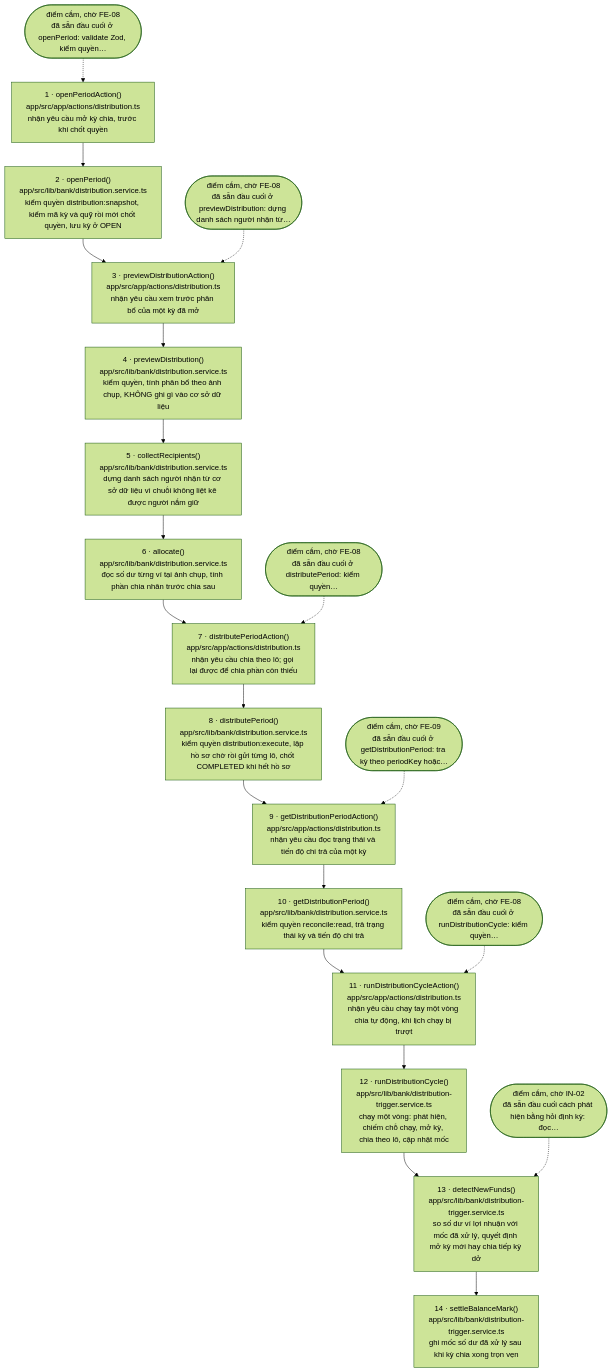
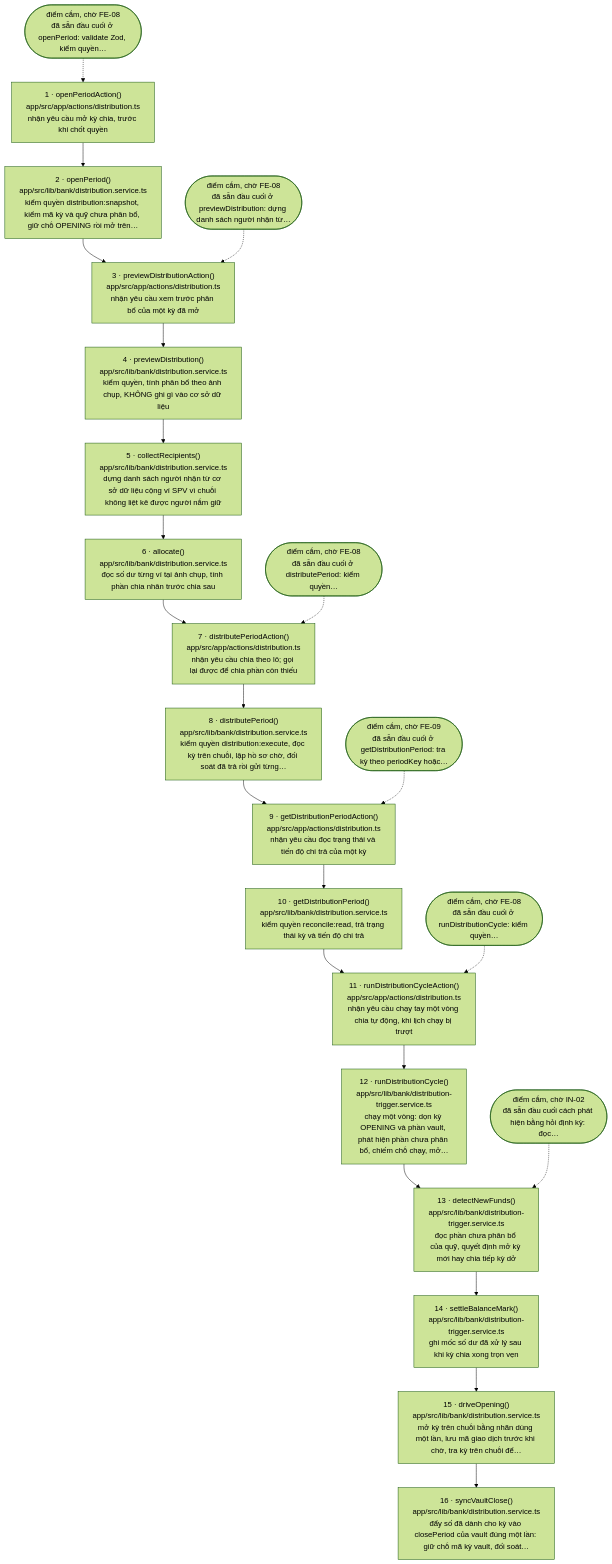
One commit to tuannino/bidv-rwa-tokenize changed the diagram in docs/flows/distribute.md. Above: the diagram before and after it, drawn with Mermaid (forest theme). The commit also changed other lines of this file and 11 other files, not shown here.

First line of the commit message:
feat(sc-06): mở kỳ và chia trên EVM, phần SPV vào vault, đẩy số đã chia vào vault

````diff
--- a/docs/flows/distribute.md
+++ b/docs/flows/distribute.md
@@ -21,42 +21,46 @@
 ```mermaid
 flowchart TD
   s1["1 · openPeriodAction()<br/>app/src/app/actions/distribution.ts<br/>nhận yêu cầu mở kỳ chia, trước khi chốt quyền"]
-  s2["2 · openPeriod()<br/>app/src/lib/bank/distribution.service.ts<br/>kiểm quyền distribution:snapshot, kiểm mã kỳ và quỹ rồi mới chốt quyền, lưu kỳ ở OPEN"]
+  s2["2 · openPeriod()<br/>app/src/lib/bank/distribution.service.ts<br/>kiểm quyền distribution:snapshot, kiểm mã kỳ và quỹ chưa phân bổ, giữ chỗ OPENING rồi mở trên…"]
   s3["3 · previewDistributionAction()<br/>app/src/app/actions/distribution.ts<br/>nhận yêu cầu xem trước phân bổ của một kỳ đã mở"]
   s4["4 · previewDistribution()<br/>app/src/lib/bank/distribution.service.ts<br/>kiểm quyền, tính phân bổ theo ảnh chụp, KHÔNG ghi gì vào cơ sở dữ liệu"]
-  s5["5 · collectRecipients()<br/>app/src/lib/bank/distribution.service.ts<br/>dựng danh sách người nhận từ cơ sở dữ liệu vì chuỗi không liệt kê được người nắm giữ"]
+  s5["5 · collectRecipients()<br/>app/src/lib/bank/distribution.service.ts<br/>dựng danh sách người nhận từ cơ sở dữ liệu cộng ví SPV vì chuỗi không liệt kê được người nắm giữ"]
   s6["6 · allocate()<br/>app/src/lib/bank/distribution.service.ts<br/>đọc số dư từng ví tại ảnh chụp, tính phần chia nhân trước chia sau"]
   s7["7 · distributePeriodAction()<br/>app/src/app/actions/distribution.ts<br/>nhận yêu cầu chia theo lô; gọi lại được để chia phần còn thiếu"]
-  s8["8 · distributePeriod()<br/>app/src/lib/bank/distribution.service.ts<br/>kiểm quyền distribution:execute, lập hồ sơ chờ rồi gửi từng lô, chốt COMPLETED khi hết hồ sơ"]
+  s8["8 · distributePeriod()<br/>app/src/lib/bank/distribution.service.ts<br/>kiểm quyền distribution:execute, đọc kỳ trên chuỗi, lập hồ sơ chờ, đối soát đã trả rồi gửi từng…"]
   s9["9 · getDistributionPeriodAction()<br/>app/src/app/actions/distribution.ts<br/>nhận yêu cầu đọc trạng thái và tiến độ chi trả của một kỳ"]
   s10["10 · getDistributionPeriod()<br/>app/src/lib/bank/distribution.service.ts<br/>kiểm quyền reconcile:read, trả trạng thái kỳ và tiến độ chi trả"]
   s11["11 · runDistributionCycleAction()<br/>app/src/app/actions/distribution.ts<br/>nhận yêu cầu chạy tay một vòng chia tự động, khi lịch chạy bị trượt"]
-  s12["12 · runDistributionCycle()<br/>app/src/lib/bank/distribution-trigger.service.ts<br/>chạy một vòng: phát hiện, chiếm chỗ chạy, mở kỳ, chia theo lô, cập nhật mốc"]
-  s13["13 · detectNewFunds()<br/>app/src/lib/bank/distribution-trigger.service.ts<br/>so số dư ví lợi nhuận với mốc đã xử lý, quyết định mở kỳ mới hay chia tiếp kỳ dở"]
+  s12["12 · runDistributionCycle()<br/>app/src/lib/bank/distribution-trigger.service.ts<br/>chạy một vòng: dọn kỳ OPENING và phần vault, phát hiện phần chưa phân bổ, chiếm chỗ chạy, mở…"]
+  s13["13 · detectNewFunds()<br/>app/src/lib/bank/distribution-trigger.service.ts<br/>đọc phần chưa phân bổ của quỹ, quyết định mở kỳ mới hay chia tiếp kỳ dở"]
   s14["14 · settleBalanceMark()<br/>app/src/lib/bank/distribution-trigger.service.ts<br/>ghi mốc số dư đã xử lý sau khi kỳ chia xong trọn vẹn"]
+  s15["15 · driveOpening()<br/>app/src/lib/bank/distribution.service.ts<br/>mở kỳ trên chuỗi bằng nhãn dùng một lần, lưu mã giao dịch trước khi chờ, tra kỳ trên chuỗi để…"]
+  s16["16 · syncVaultClose()<br/>app/src/lib/bank/distribution.service.ts<br/>đẩy số đã dành cho kỳ vào closePeriod của vault đúng một lần: giữ chỗ mã kỳ vault, đối soát…"]
   w1(["điểm cắm, chờ FE-08<br/>đã sẵn đầu cuối ở openPeriod: validate Zod, kiểm quyền…"])
   w2(["điểm cắm, chờ FE-08<br/>đã sẵn đầu cuối ở previewDistribution: dựng danh sách người nhận từ…"])
   w3(["điểm cắm, chờ FE-08<br/>đã sẵn đầu cuối ở distributePeriod: kiểm quyền…"])
   w4(["điểm cắm, chờ FE-09<br/>đã sẵn đầu cuối ở getDistributionPeriod: tra kỳ theo periodKey hoặc…"])
   w5(["điểm cắm, chờ FE-08<br/>đã sẵn đầu cuối ở runDistributionCycle: kiểm quyền…"])
   w6(["điểm cắm, chờ IN-02<br/>đã sẵn đầu cuối cách phát hiện bằng hỏi định kỳ: đọc…"])
   s1 --> s2
   s2 --> s3
   s3 --> s4
   s4 --> s5
   s5 --> s6
   s6 --> s7
   s7 --> s8
   s8 --> s9
   s9 --> s10
   s10 --> s11
   s11 --> s12
   s12 --> s13
   s13 --> s14
+  s14 --> s15
+  s15 --> s16
   w1 -.-> s1
   w2 -.-> s3
   w3 -.-> s7
   w4 -.-> s9
   w5 -.-> s11
   w6 -.-> s13
 ```
````
